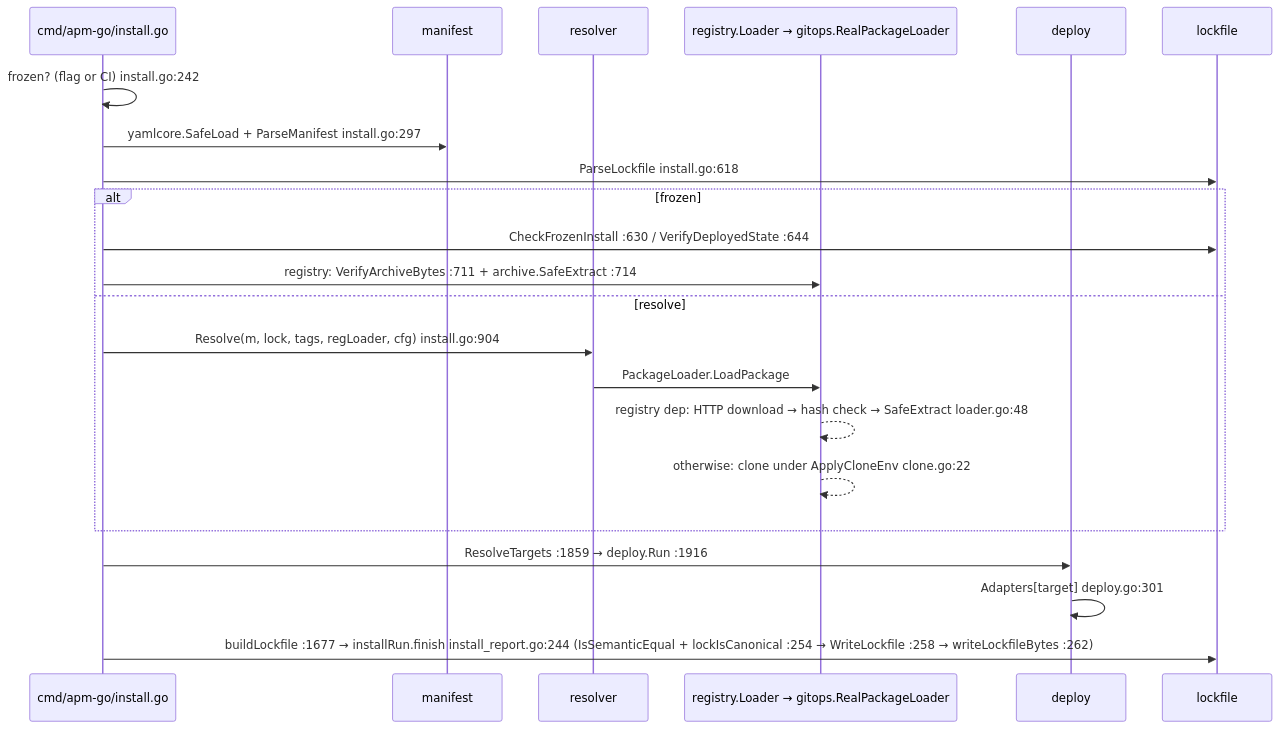
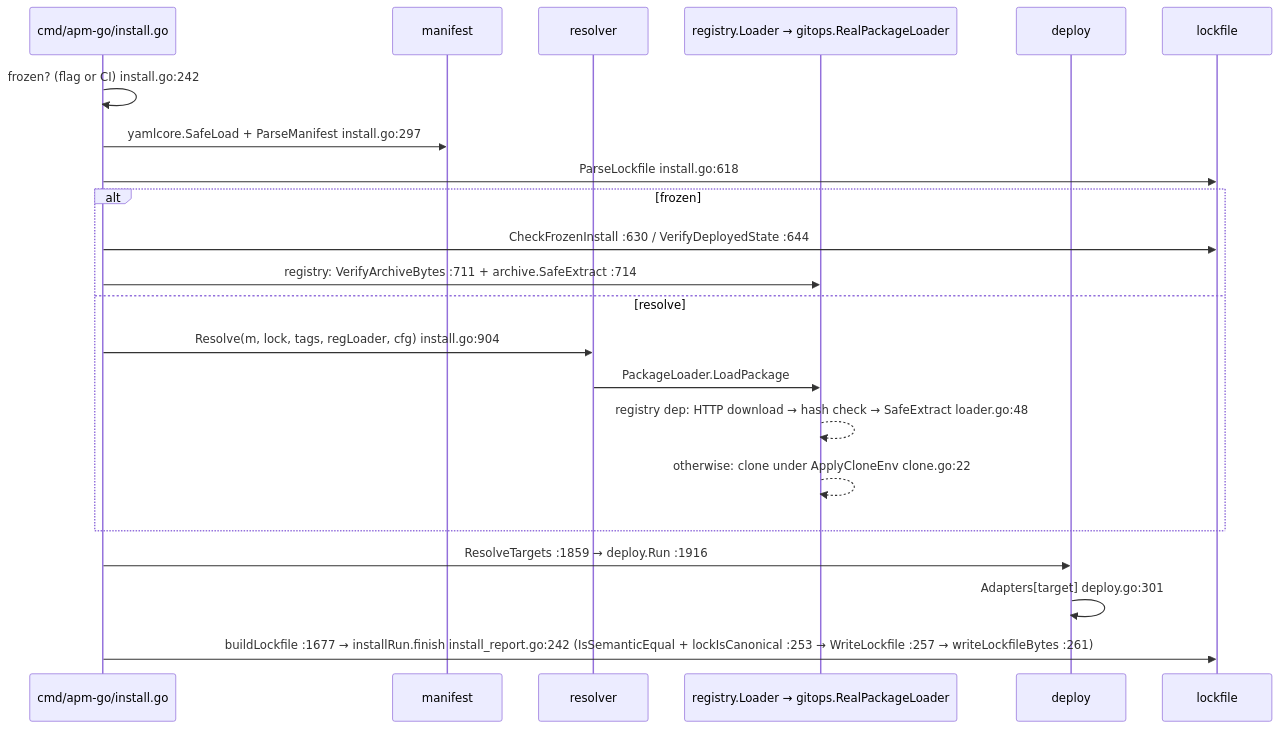
Before and after one commit to gn00678465/apm-go: the second of 4 diagrams in ARCHITECTURE.md, drawn with Mermaid. The commit also changed other lines of this file and 4 other files, not shown here.

First line of the commit message:
fix: install --mcp 提早結束時整份寫出 lock，apm_version 有沒有改看解析後的鍵

````diff
--- a/ARCHITECTURE.md
+++ b/ARCHITECTURE.md
@@ -80,24 +80,24 @@
 ```mermaid
 sequenceDiagram
   participant C as cmd/apm-go/install.go
   participant M as manifest
   participant R as resolver
   participant L as registry.Loader → gitops.RealPackageLoader
   participant D as deploy
   participant K as lockfile
   C->>C: frozen? (flag or CI) install.go:242
   C->>M: yamlcore.SafeLoad + ParseManifest install.go:297
   C->>K: ParseLockfile install.go:618
   alt frozen
     C->>K: CheckFrozenInstall :630 / VerifyDeployedState :644
     C->>L: registry: VerifyArchiveBytes :711 + archive.SafeExtract :714
   else resolve
     C->>R: Resolve(m, lock, tags, regLoader, cfg) install.go:904
     R->>L: PackageLoader.LoadPackage
     L-->>L: registry dep: HTTP download → hash check → SafeExtract loader.go:48
     L-->>L: otherwise: clone under ApplyCloneEnv clone.go:22
   end
   C->>D: ResolveTargets :1859 → deploy.Run :1916
   D->>D: Adapters[target] deploy.go:301
-  C->>K: buildLockfile :1677 → installRun.finish install_report.go:244 (IsSemanticEqual + lockIsCanonical :254 → WriteLockfile :258 → writeLockfileBytes :262)
+  C->>K: buildLockfile :1677 → installRun.finish install_report.go:242 (IsSemanticEqual + lockIsCanonical :253 → WriteLockfile :257 → writeLockfileBytes :261)
 ```
````
